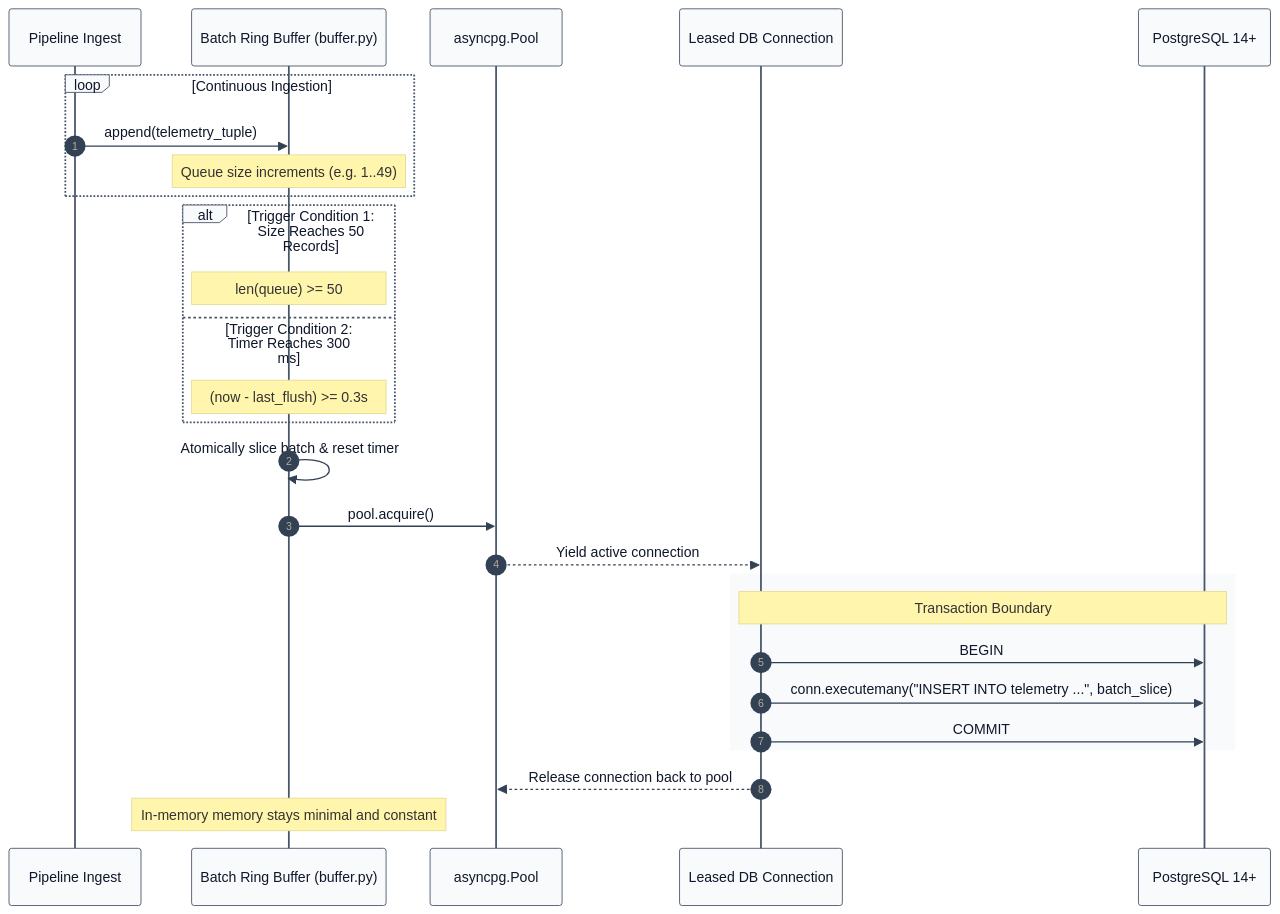
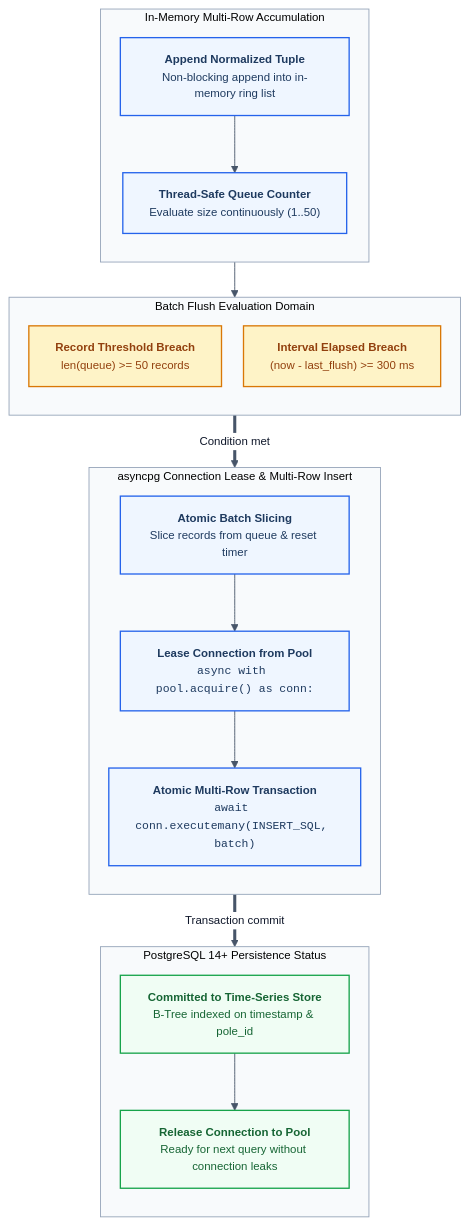
Before and after one commit to MadhavK3/niriksha: the second of 2 diagrams in docs/05_DATABASE_AND_STORAGE.md, drawn with Mermaid. The commit also changed other lines of this file and 10 other files, not shown here.

Commit message:
docs: overhaul architecture diagrams to semantic monochromatic Mermaid flowcharts

````diff
--- a/docs/05_DATABASE_AND_STORAGE.md
+++ b/docs/05_DATABASE_AND_STORAGE.md
@@ -64,50 +68,60 @@
 ```mermaid
 %%{init: {
   "theme": "base",
   "themeVariables": {
     "fontFamily": "Inter, Segoe UI, sans-serif",
     "fontSize": "13px",
     "primaryColor": "#ffffff",
     "primaryBorderColor": "#64748b",
     "primaryTextColor": "#0f172a",
     "lineColor": "#475569",
-    "actorBkg": "#f8fafc",
-    "actorBorder": "#475569",
-    "actorTextColor": "#0f172a",
-    "signalColor": "#334155",
-    "signalTextColor": "#0f172a"
-  }
+    "clusterBkg": "#f8fafc",
+    "clusterBorder": "#94a3b8"
+  },
+  "flowchart": { "curve": "basis", "htmlLabels": true, "nodeSpacing": 25, "rankSpacing": 40 }
 } }%%
-sequenceDiagram
-    autonumber
-    participant Ingest as Pipeline Ingest
-    participant Buffer as Batch Ring Buffer (buffer.py)
-    participant Pool as asyncpg.Pool
-    participant Conn as Leased DB Connection
-    participant PG as PostgreSQL 14+
-
-    loop Continuous Ingestion
-        Ingest->>Buffer: append(telemetry_tuple)
-        Note over Buffer: Queue size increments (e.g. 1..49)
+flowchart TB
+    subgraph QUEUE_STAGE["In-Memory Multi-Row Accumulation"]
+        direction TB
+        Q1["<b>Append Normalized Tuple</b><br/>Non-blocking append into in-memory ring list"]
+        Q2["<b>Thread-Safe Queue Counter</b><br/>Evaluate size continuously (1..50)"]
+        Q1 --> Q2
     end
 
-    alt Trigger Condition 1: Size Reaches 50 Records
-        Note over Buffer: len(queue) >= 50
-    else Trigger Condition 2: Timer Reaches 300 ms
-        Note over Buffer: (now - last_flush) >= 0.3s
+    subgraph TRIGGER_STAGE["Batch Flush Evaluation Domain"]
+        direction TB
+        T1["<b>Record Threshold Breach</b><br/>len(queue) &gt;= 50 records"]
+        T2["<b>Interval Elapsed Breach</b><br/>(now - last_flush) &gt;= 300 ms"]
     end
 
-    Buffer->>Buffer: Atomically slice batch & reset timer
-    Buffer->>Pool: pool.acquire()
-    Pool-->>Conn: Yield active connection
-    
-    rect rgb(248, 250, 252)
-        Note over Conn,PG: Transaction Boundary
-        Conn->>PG: BEGIN
-        Conn->>PG: conn.executemany("INSERT INTO telemetry ...", batch_slice)
-        Conn->>PG: COMMIT
+    QUEUE_STAGE --> TRIGGER_STAGE
+
+    subgraph TRANSACTION_STAGE["asyncpg Connection Lease &amp; Multi-Row Insert"]
+        direction TB
+        X1["<b>Atomic Batch Slicing</b><br/>Slice records from queue &amp; reset timer"]
+        X2["<b>Lease Connection from Pool</b><br/><code>async with pool.acquire() as conn:</code>"]
+        X3["<b>Atomic Multi-Row Transaction</b><br/><code>await conn.executemany(INSERT_SQL, batch)</code>"]
+        X1 --> X2 --> X3
     end
 
-    Conn-->>Pool: Release connection back to pool
-    Note over Buffer: In-memory memory stays minimal and constant
+    TRIGGER_STAGE ==>|"Condition met"| TRANSACTION_STAGE
+
+    subgraph STORAGE_STATUS["PostgreSQL 14+ Persistence Status"]
+        direction TB
+        S1["<b>Committed to Time-Series Store</b><br/>B-Tree indexed on timestamp &amp; pole_id"]
+        S2["<b>Release Connection to Pool</b><br/>Ready for next query without connection leaks"]
+        S1 --> S2
+    end
+
+    TRANSACTION_STAGE ==>|"Transaction commit"| STORAGE_STATUS
+
+    classDef default fill:#ffffff,stroke:#64748b,stroke-width:1px,color:#0f172a;
+    classDef healthy fill:#f0fdf4,stroke:#16a34a,stroke-width:1.5px,color:#166534;
+    classDef active fill:#eff6ff,stroke:#2563eb,stroke-width:1.5px,color:#1e3a5f;
+    classDef warning fill:#fef3c7,stroke:#d97706,stroke-width:1.5px,color:#92400e;
+
+    class Q1,Q2 active;
+    class T1,T2 warning;
+    class X1,X2,X3 active;
+    class S1,S2 healthy;
 ```
````
